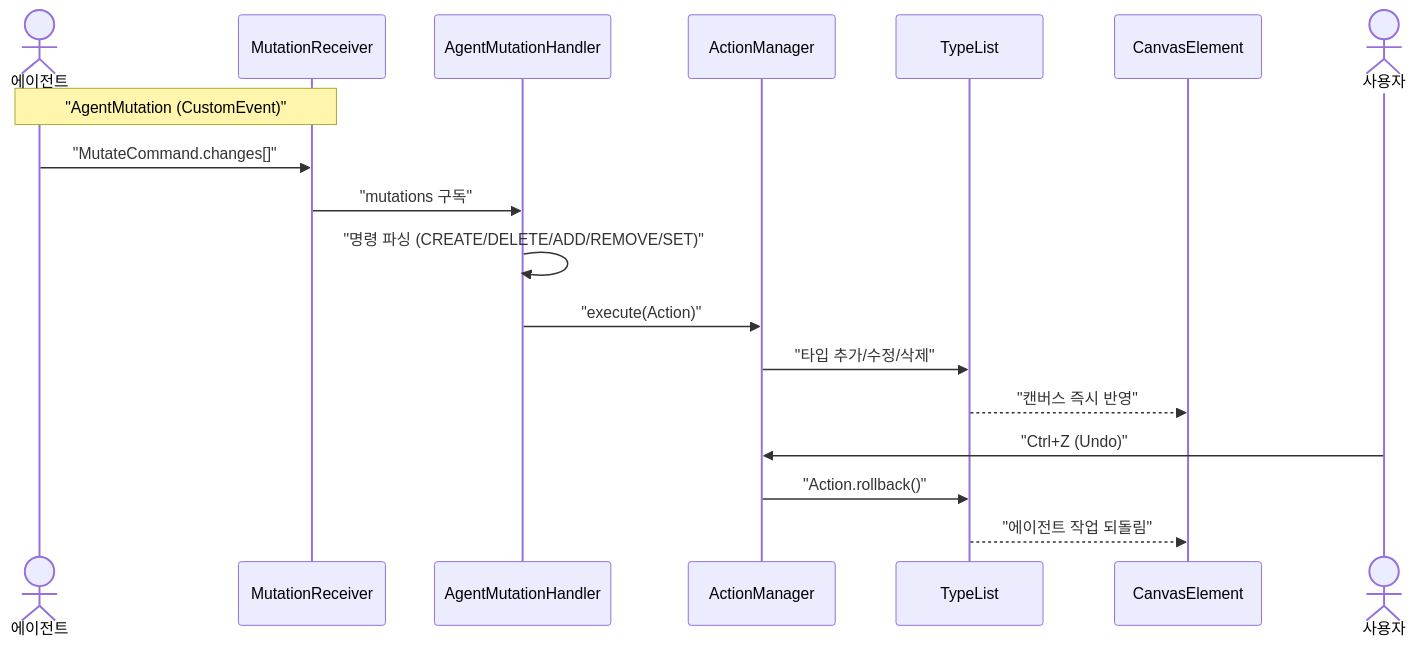
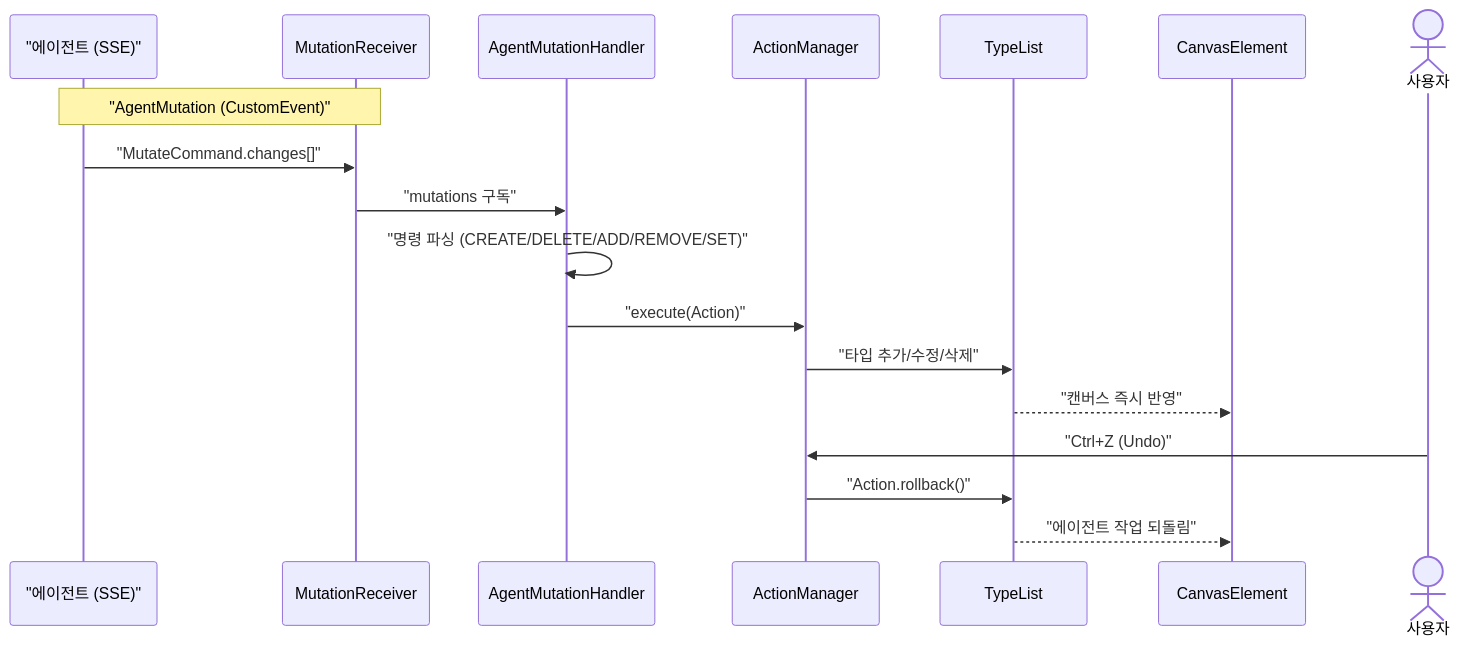
One commit to sayaya1090/handbook changed the fourth of 4 diagrams in type-ui/USECASE.md. Above: the diagram before and after it, drawn with Mermaid. The commit also changed other lines of this file and 58 other files, not shown here.

````diff
--- a/type-ui/USECASE.md
+++ b/type-ui/USECASE.md
@@ -78,22 +80,22 @@
 ```mermaid
 sequenceDiagram
-    actor Agent as 에이전트
+    participant Agent as "에이전트 (SSE)"
     participant MR as MutationReceiver
     participant AMH as AgentMutationHandler
     participant AM as ActionManager
     participant TL as TypeList
     participant Canvas as CanvasElement
 
     Note over Agent,MR: "AgentMutation (CustomEvent)"
     Agent->>MR: "MutateCommand.changes[]"
     MR->>AMH: "mutations 구독"
     AMH->>AMH: "명령 파싱 (CREATE/DELETE/ADD/REMOVE/SET)"
     AMH->>AM: "execute(Action)"
     AM->>TL: "타입 추가/수정/삭제"
     TL-->>Canvas: "캔버스 즉시 반영"
 
     actor User as 사용자
     User->>AM: "Ctrl+Z (Undo)"
     AM->>TL: "Action.rollback()"
     TL-->>Canvas: "에이전트 작업 되돌림"
 ```
````
